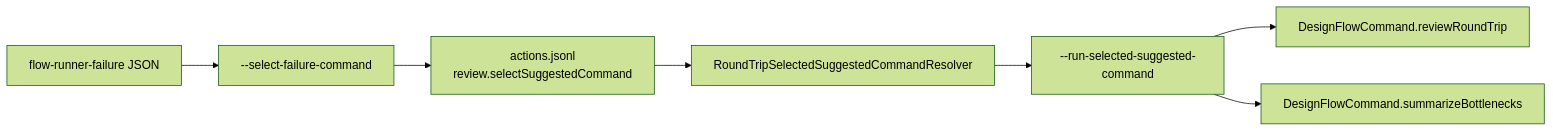
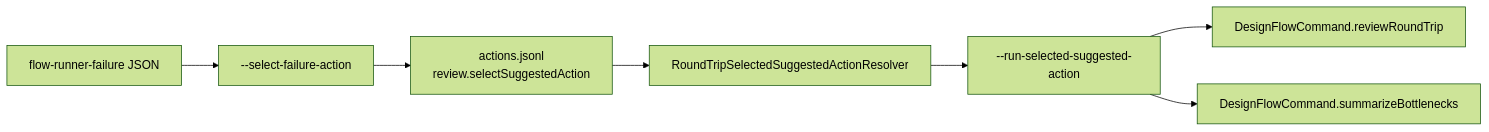
The second of 3 diagrams in docs/cli-contract.md (1amageek/circuit-studio), drawn with Mermaid (forest theme) before and after one commit. The commit also changed other lines of this file and 113 other files, not shown here.

````diff
--- a/docs/cli-contract.md
+++ b/docs/cli-contract.md
@@ -32,9 +50,9 @@
 ```mermaid
 flowchart LR
-  Failure["flow-runner-failure JSON"] --> Select["--select-failure-command"]
-  Select --> Ledger["actions.jsonl\nreview.selectSuggestedCommand"]
-  Ledger --> Resolve["RoundTripSelectedSuggestedCommandResolver"]
-  Resolve --> Dispatch["--run-selected-suggested-command"]
+  Failure["flow-runner-failure JSON"] --> Select["--select-failure-action"]
+  Select --> Ledger["actions.jsonl\nreview.selectSuggestedAction"]
+  Ledger --> Resolve["RoundTripSelectedSuggestedActionResolver"]
+  Resolve --> Dispatch["--run-selected-suggested-action"]
   Dispatch --> Review["DesignFlowCommand.reviewRoundTrip"]
   Dispatch --> Summary["DesignFlowCommand.summarizeBottlenecks"]
 ```
````
